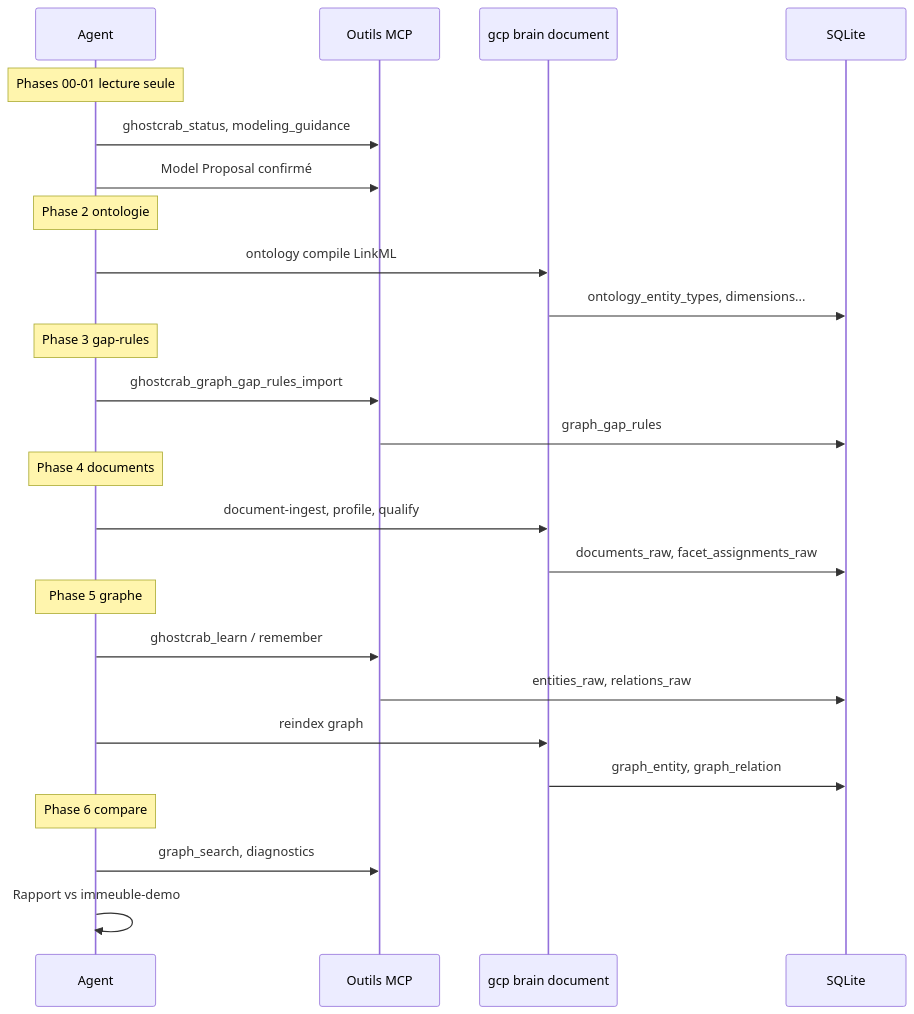
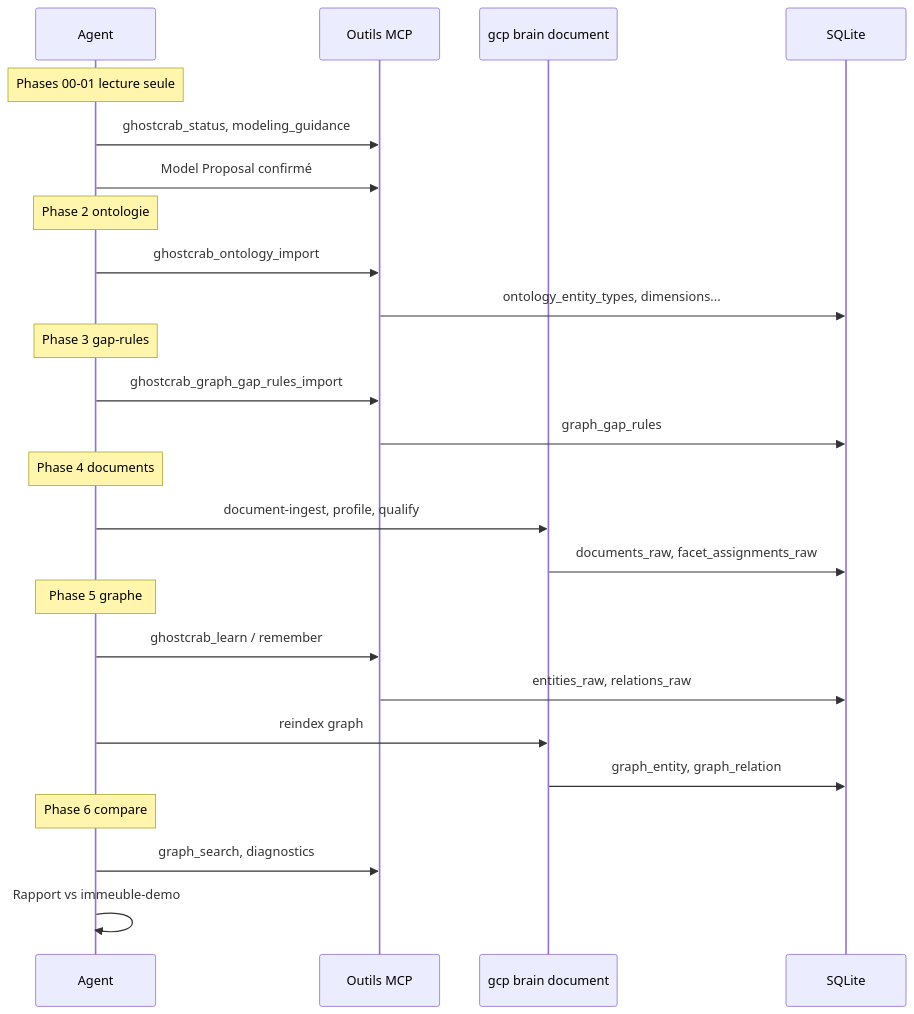
One commit to mindflight-orchestrator/ghostcrab-personal-mcp changed the diagram in docs/explanation/01-reference-vers-graphe.md. Above: the diagram before and after it, drawn with Mermaid. The commit also changed other lines of this file and 49 other files, not shown here.

Commit message:
feat: add MCP ontology import surface

````diff
--- a/docs/explanation/01-reference-vers-graphe.md
+++ b/docs/explanation/01-reference-vers-graphe.md
@@ -43,33 +43,33 @@
 ```mermaid
 sequenceDiagram
   participant Agent
   participant MCP as Outils MCP
   participant CLI as gcp brain document
   participant DB as SQLite
 
   Note over Agent: Phases 00-01 lecture seule
   Agent->>MCP: ghostcrab_status, modeling_guidance
   Agent->>MCP: Model Proposal confirmé
 
   Note over Agent: Phase 2 ontologie
-  Agent->>CLI: ontology compile LinkML
-  CLI->>DB: ontology_entity_types, dimensions...
+  Agent->>MCP: ghostcrab_ontology_import
+  MCP->>DB: ontology_entity_types, dimensions...
 
   Note over Agent: Phase 3 gap-rules
   Agent->>MCP: ghostcrab_graph_gap_rules_import
   MCP->>DB: graph_gap_rules
 
   Note over Agent: Phase 4 documents
   Agent->>CLI: document-ingest, profile, qualify
   CLI->>DB: documents_raw, facet_assignments_raw
 
   Note over Agent: Phase 5 graphe
   Agent->>MCP: ghostcrab_learn / remember
   MCP->>DB: entities_raw, relations_raw
   Agent->>CLI: reindex graph
   CLI->>DB: graph_entity, graph_relation
 
   Note over Agent: Phase 6 compare
   Agent->>MCP: graph_search, diagnostics
   Agent->>Agent: Rapport vs immeuble-demo
 ```
````
